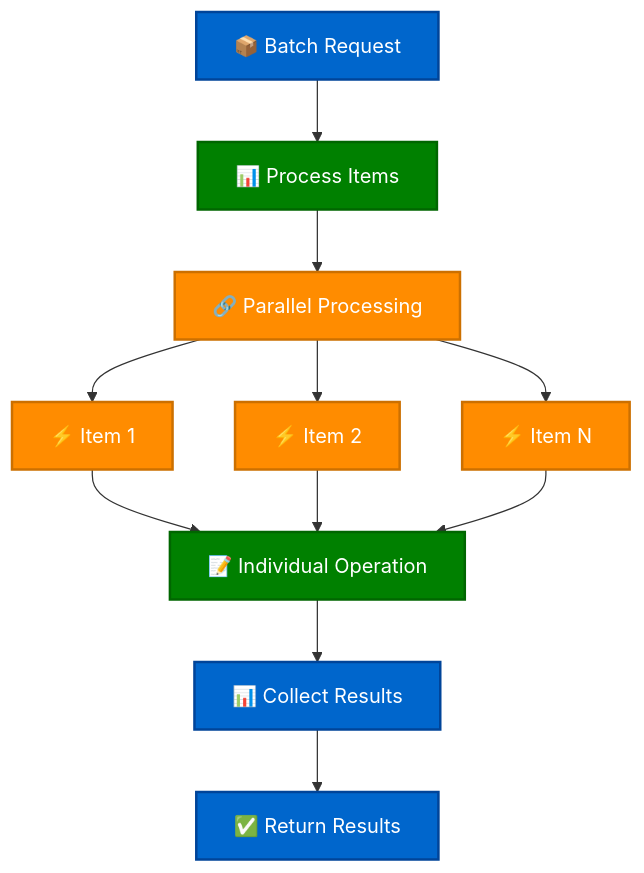
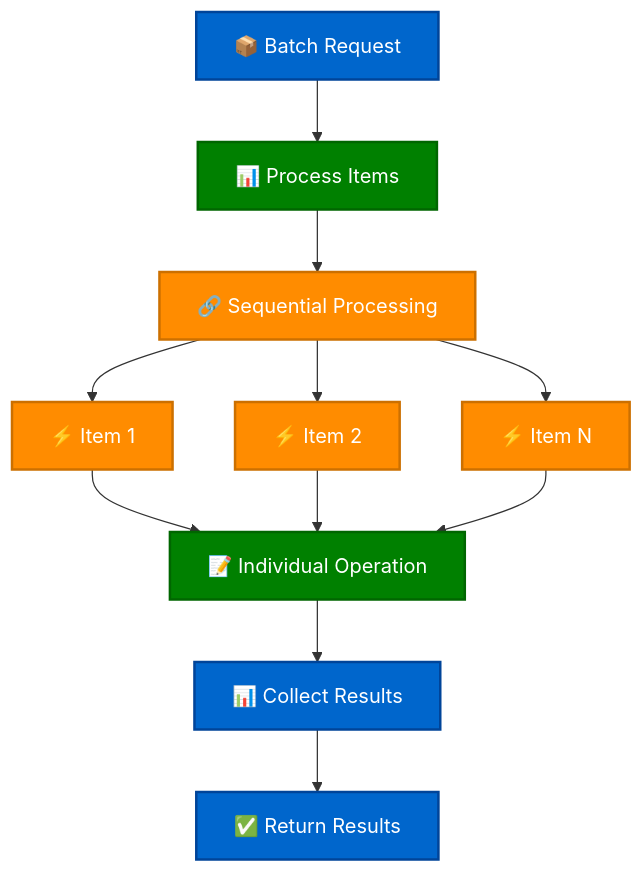
The sixth of 9 diagrams in docs/TECHNICAL_DOCUMENTATION.md (avoidwork/haro), drawn with Mermaid before and after one commit. The commit also changed other lines of this file, not shown here.

````diff
--- a/docs/TECHNICAL_DOCUMENTATION.md
+++ b/docs/TECHNICAL_DOCUMENTATION.md
@@ -318,24 +304,24 @@
 ```mermaid
 graph TD
     A["📦 Batch Request"] --> B["📊 Process Items"]
     
-    B --> C["🔗 Parallel Processing"]
+    B --> C["🔗 Sequential Processing"]
     C --> D1["⚡ Item 1"]
     C --> D2["⚡ Item 2"]
     C --> D3["⚡ Item N"]
     
     D1 --> E["📝 Individual Operation"]
     D2 --> E
     D3 --> E
     
     E --> F["📊 Collect Results"]
     F --> G["✅ Return Results"]
     
     classDef batch fill:#0066CC,stroke:#004499,stroke-width:2px,color:#fff
     classDef process fill:#008000,stroke:#006600,stroke-width:2px,color:#fff
-    classDef parallel fill:#FF8C00,stroke:#CC7000,stroke-width:2px,color:#fff
+    classDef sequential fill:#FF8C00,stroke:#CC7000,stroke-width:2px,color:#fff
     
     class A,F,G batch
     class B,E process
-    class C,D1,D2,D3 parallel
+    class C,D1,D2,D3 sequential
 ```
````
